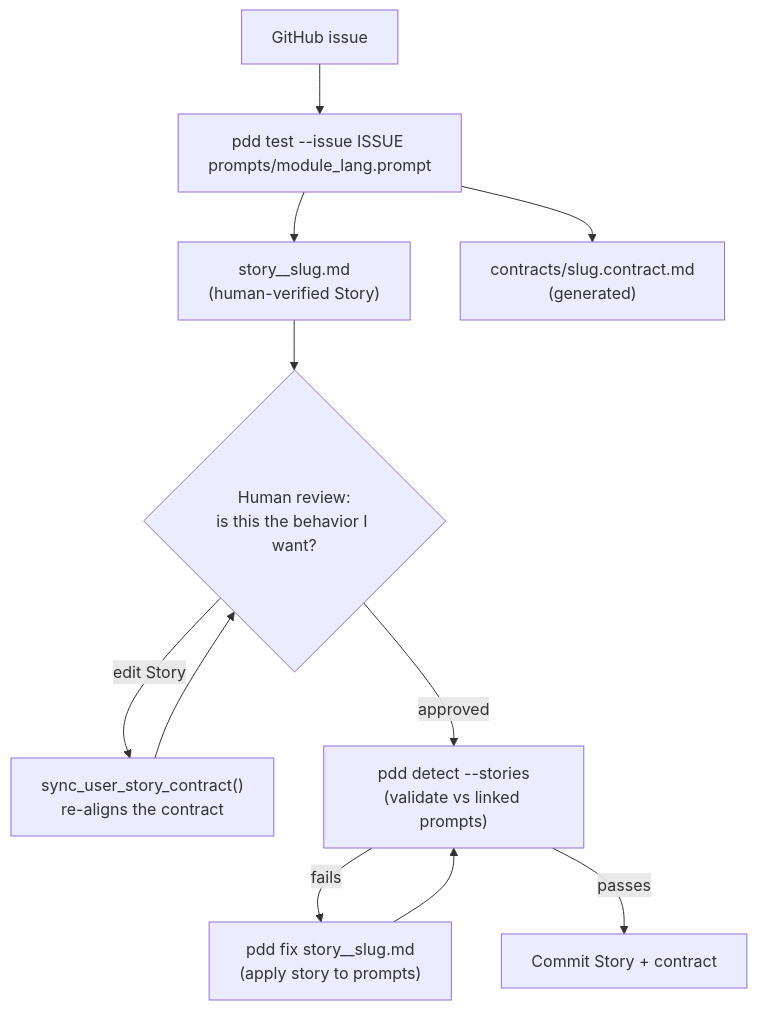
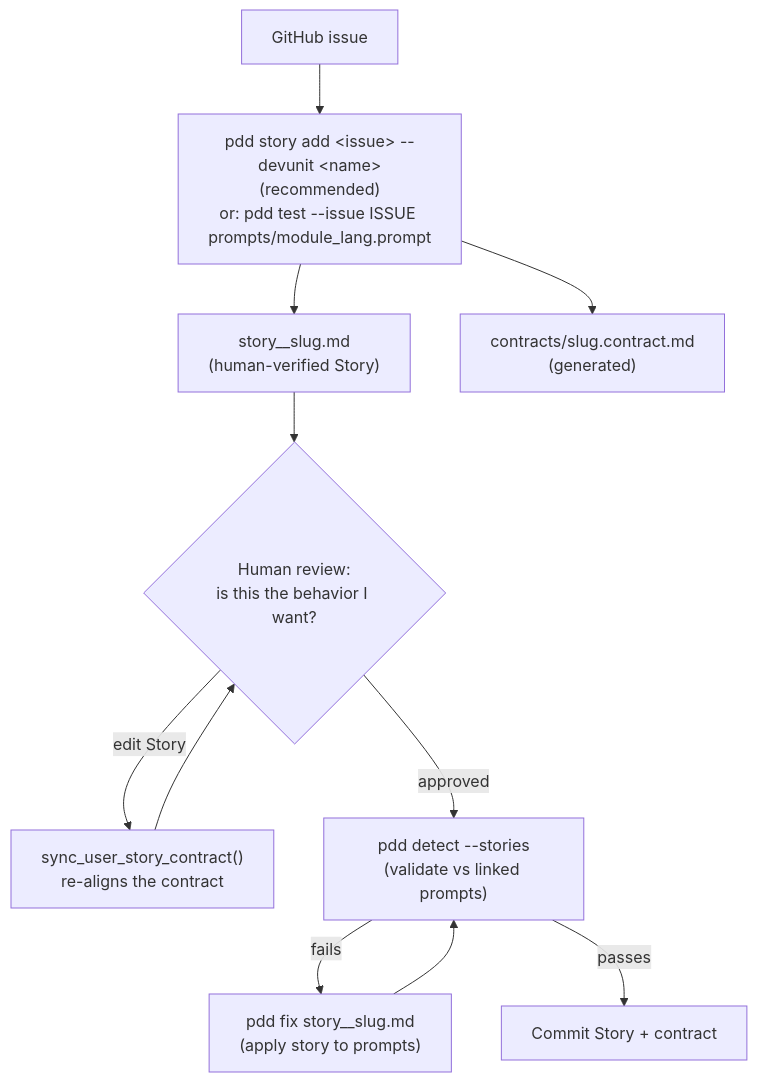
Before and after one commit to promptdriven/pdd: the diagram in docs/generating_user_stories.md, drawn with Mermaid. The commit also changed other lines of this file and 5 other files, not shown here.

First line of the commit message:
feat: add pdd story CLI for managing user stories in regression suite (#1768)

````diff
--- a/docs/generating_user_stories.md
+++ b/docs/generating_user_stories.md
@@ -52,13 +52,13 @@
 ```mermaid
 flowchart TD
-    A[GitHub issue] --> B["pdd test --issue ISSUE prompts/module_lang.prompt"]
+    A[GitHub issue] --> B["pdd story add &lt;issue&gt; --devunit &lt;name&gt;<br/>(recommended)<br/>or: pdd test --issue ISSUE prompts/module_lang.prompt"]
     B --> C["story__slug.md<br/>(human-verified Story)"]
     B --> D["contracts/slug.contract.md<br/>(generated)"]
     C --> E{"Human review:<br/>is this the behavior I want?"}
     E -- edit Story --> F["sync_user_story_contract()<br/>re-aligns the contract"]
     F --> E
     E -- approved --> G["pdd detect --stories<br/>(validate vs linked prompts)"]
     G -- fails --> H["pdd fix story__slug.md<br/>(apply story to prompts)"]
     H --> G
     G -- passes --> I[Commit Story + contract]
 ```
````
